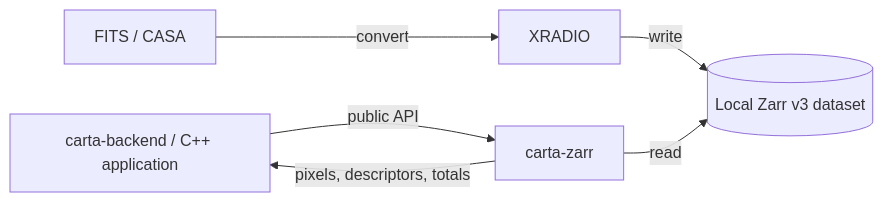
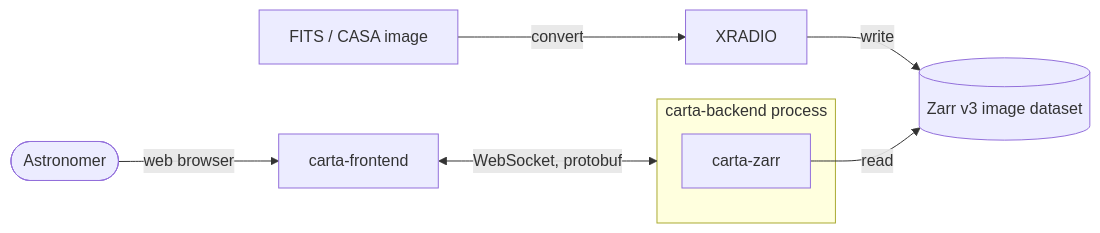
The first of 2 diagrams in docs/architecture.md (CARTAvis/carta-zarr), drawn with Mermaid before and after one commit. The commit also changed other lines of this file, not shown here.

Commit message:
docs: show where carta-zarr sits in a CARTA deployment, under system-context and component headings (#22)

````diff
--- a/docs/architecture.md
+++ b/docs/architecture.md
@@ -7,8 +11,11 @@
 ```{mermaid}
 flowchart LR
-    Input["FITS / CASA"] -->|"convert"| XR["XRADIO"]
-    XR -->|"write"| Disk[("Local Zarr v3 dataset")]
-    Caller["carta-backend / C++ application"] -->|"public API"| Lib["carta-zarr"]
+    User(["Astronomer"]) -->|"web browser"| FE["carta-frontend"]
+    FE <-->|"WebSocket, protobuf"| BE
+    subgraph BE["carta-backend process"]
+        Lib["carta-zarr"]
+    end
+    Input["FITS / CASA image"] -->|"convert"| XR["XRADIO"]
+    XR -->|"write"| Disk[("Zarr v3 image dataset")]
     Lib -->|"read"| Disk
-    Lib -->|"pixels, descriptors, totals"| Caller
 ```
````
